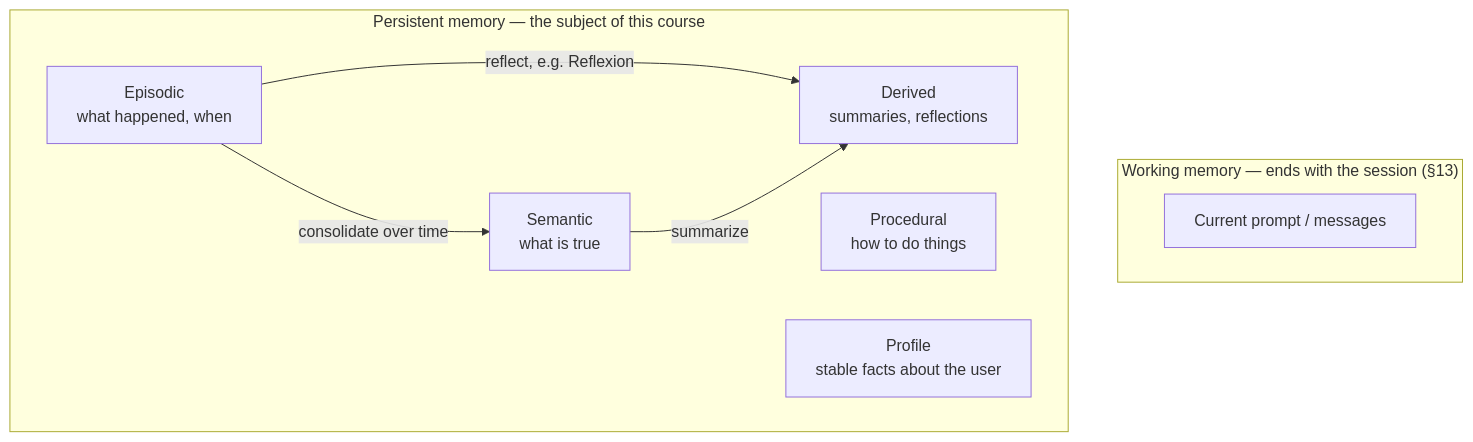
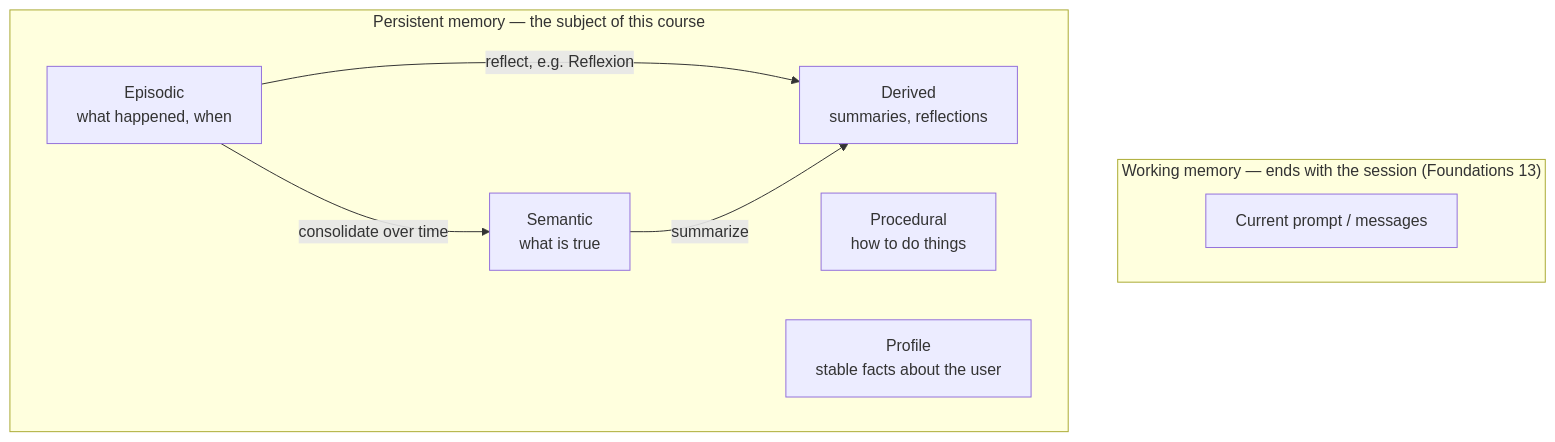
The diagram in agent-memory/lessons/01-a-taxonomy-of-memory.md (alextra-lab/llm-course), drawn with Mermaid before and after one commit. The commit also changed other lines of this file and 66 other files, not shown here.

````diff
--- a/agent-memory/lessons/01-a-taxonomy-of-memory.md
+++ b/agent-memory/lessons/01-a-taxonomy-of-memory.md
@@ -45,16 +45,16 @@
 ```mermaid
 flowchart TD
-    subgraph Working["Working memory — ends with the session (§13)"]
+    subgraph Working["Working memory — ends with the session (Foundations 13)"]
         W[Current prompt / messages]
     end
     subgraph Persistent["Persistent memory — the subject of this course"]
         E[Episodic<br/>what happened, when]
         S[Semantic<br/>what is true]
         PR[Procedural<br/>how to do things]
         PF[Profile<br/>stable facts about the user]
         D[Derived<br/>summaries, reflections]
     end
     E -->|consolidate over time| S
     E -->|reflect, e.g. Reflexion| D
     S -->|summarize| D
 ```
````
